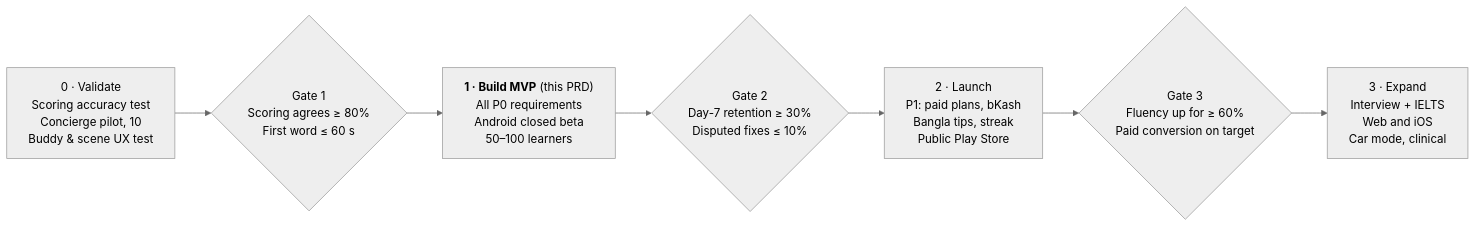
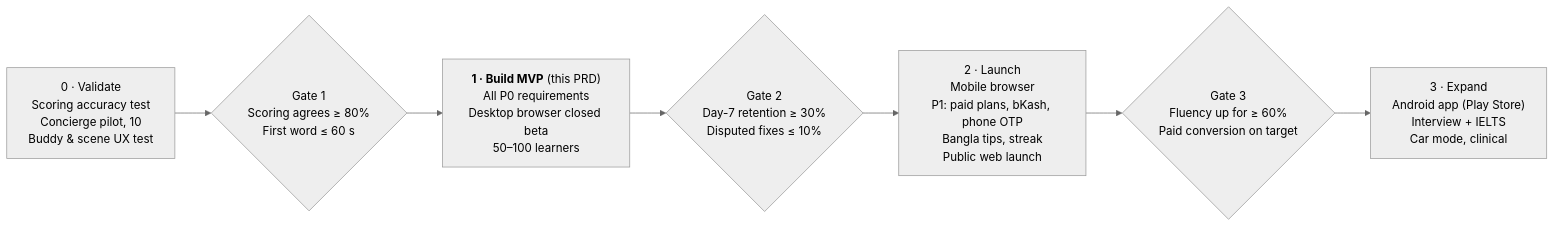
Before and after one commit to KhondokerTanvirHossain/bolo: the second of 2 diagrams in Bolo-PRD-MVP.md, drawn with Mermaid (neutral theme). The commit also changed other lines of this file and 2 other files, not shown here.

Commit message:
docs: architecture, browser-first PRD update, P0-1 plan

````diff
--- a/Bolo-PRD-MVP.md
+++ b/Bolo-PRD-MVP.md
@@ -1086,9 +1086,9 @@
 ```mermaid
 flowchart LR
     P0["0 · Validate<br/>Scoring accuracy test<br/>Concierge pilot, 10<br/>Buddy & scene UX test"] --> G1{"Gate 1<br/>Scoring agrees ≥ 80%<br/>First word ≤ 60 s"}
-    G1 --> P1["<b>1 · Build MVP</b> (this PRD)<br/>All P0 requirements<br/>Android closed beta<br/>50–100 learners"]
+    G1 --> P1["<b>1 · Build MVP</b> (this PRD)<br/>All P0 requirements<br/>Desktop browser closed beta<br/>50–100 learners"]
     P1 --> G2{"Gate 2<br/>Day-7 retention ≥ 30%<br/>Disputed fixes ≤ 10%"}
-    G2 --> P2["2 · Launch<br/>P1: paid plans, bKash<br/>Bangla tips, streak<br/>Public Play Store"]
+    G2 --> P2["2 · Launch<br/>Mobile browser<br/>P1: paid plans, bKash, phone OTP<br/>Bangla tips, streak<br/>Public web launch"]
     P2 --> G3{"Gate 3<br/>Fluency up for ≥ 60%<br/>Paid conversion on target"}
-    G3 --> P3["3 · Expand<br/>Interview + IELTS<br/>Web and iOS<br/>Car mode, clinical"]
+    G3 --> P3["3 · Expand<br/>Android app (Play Store)<br/>Interview + IELTS<br/>Car mode, clinical"]
 ```
````
